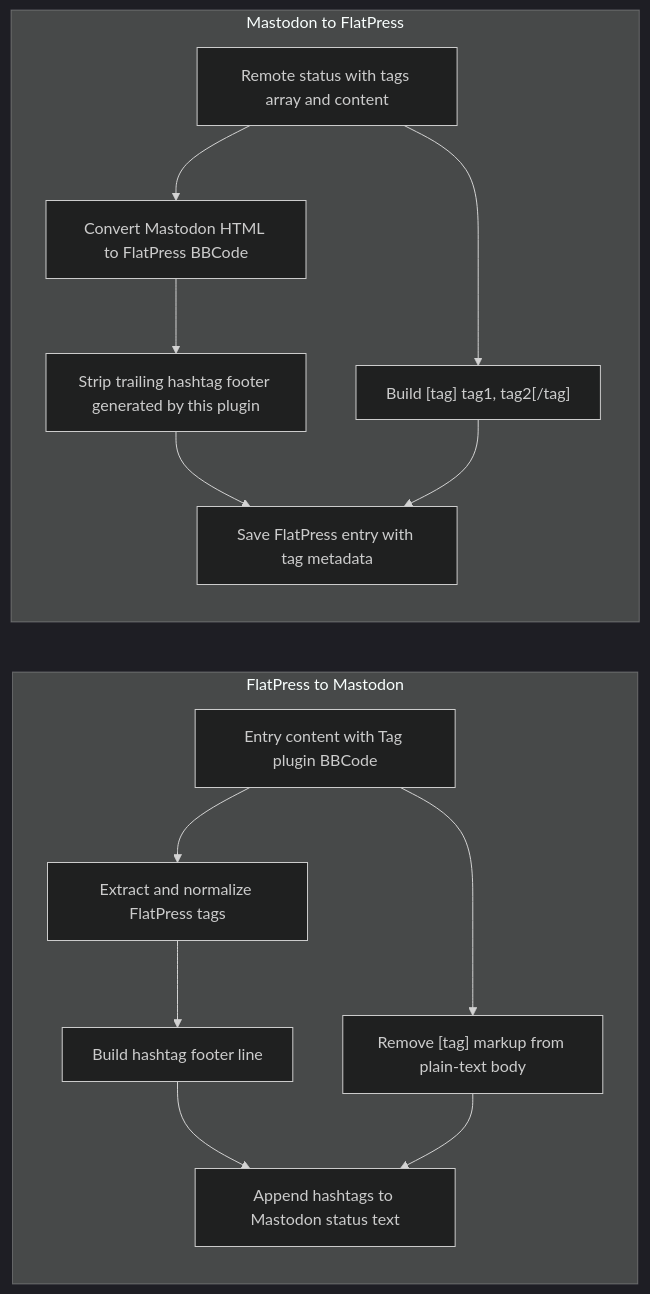
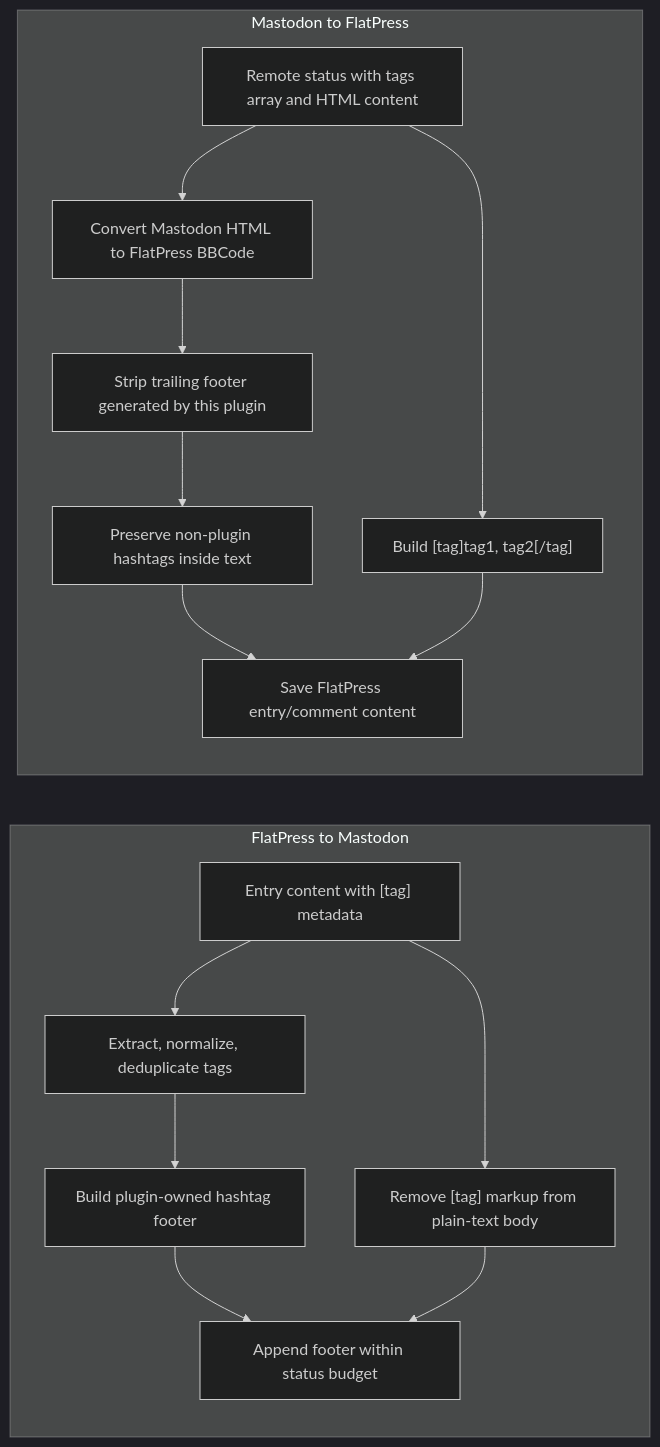
Before and after one commit to flatpressblog/flatpress: diagram 16 of 32 in fp-plugins/mastodon/Plugin-Process-Flow.md, drawn with Mermaid (dark theme). The commit also changed other lines of this file and 4 other files, not shown here.

````diff
--- a/fp-plugins/mastodon/Plugin-Process-Flow.md
+++ b/fp-plugins/mastodon/Plugin-Process-Flow.md
@@ -301,23 +545,24 @@
 ```mermaid
 flowchart LR
     subgraph FlatPress_to_Mastodon["FlatPress to Mastodon"]
-        FPEntry["Entry content with Tag plugin BBCode"]
-        ExtractTags["Extract and normalize FlatPress tags"]
+        FPEntry["Entry content with [tag] metadata"]
+        ExtractTags["Extract, normalize, deduplicate tags"]
         StripTagBBCode["Remove [tag] markup from plain-text body"]
-        Footer["Build hashtag footer line"]
-        StatusText["Append hashtags to Mastodon status text"]
+        Footer["Build plugin-owned hashtag footer"]
+        StatusText["Append footer within status budget"]
     end
 
     subgraph Mastodon_to_FlatPress["Mastodon to FlatPress"]
-        RemoteStatus["Remote status with tags array and content"]
+        RemoteStatus["Remote status with tags array and HTML content"]
         ConvertHTML["Convert Mastodon HTML to FlatPress BBCode"]
-        StripFooter["Strip trailing hashtag footer generated by this plugin"]
-        BuildTagBBCode["Build [tag] tag1, tag2[/tag]"]
-        SaveEntry["Save FlatPress entry with tag metadata"]
+        StripFooter["Strip trailing footer generated by this plugin"]
+        Preserve["Preserve non-plugin hashtags inside text"]
+        BuildTagBBCode["Build [tag]tag1, tag2[/tag]"]
+        SaveEntry["Save FlatPress entry/comment content"]
     end
 
     FPEntry --> ExtractTags --> Footer --> StatusText
     FPEntry --> StripTagBBCode --> StatusText
-    RemoteStatus --> ConvertHTML --> StripFooter --> SaveEntry
+    RemoteStatus --> ConvertHTML --> StripFooter --> Preserve --> SaveEntry
     RemoteStatus --> BuildTagBBCode --> SaveEntry
 ```
````
